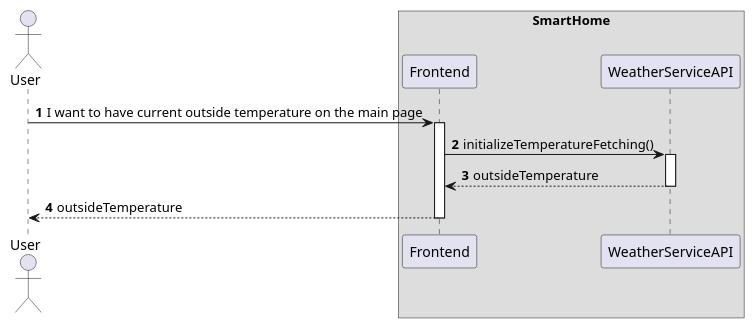
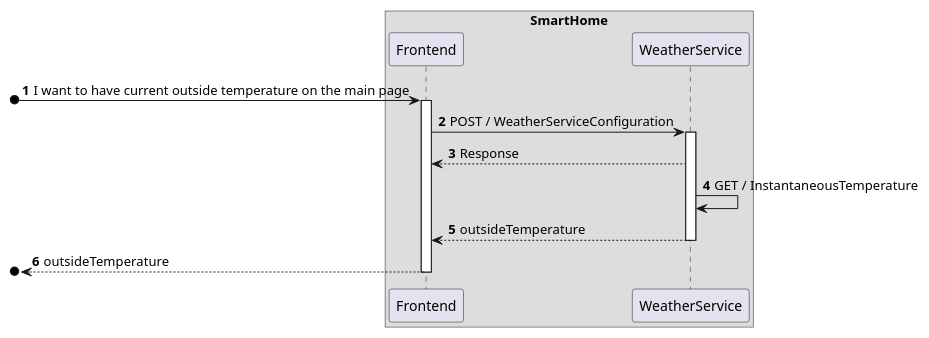
Before and after one commit to olivDiogo/SmartHome: the diagram in docs/ooa/C4_4plus1_models/Level2/ProcessView/ProcessViewLevel2_UC18.puml, drawn with PlantUML.

Commit message:
refactor: update ProcessViewLevel2_UC18 #518

```diff
--- a/docs/ooa/C4_4plus1_models/Level2/ProcessView/ProcessViewLevel2_UC18.puml
+++ b/docs/ooa/C4_4plus1_models/Level2/ProcessView/ProcessViewLevel2_UC18.puml
@@ -1,31 +1,37 @@
 @startuml
 'https://plantuml.com/sequence-diagram
 !pragma layout smetana
 
 autonumber
 
-actor "User" as User
+
 
     box SmartHome
     participant Frontend as FE
-    participant WeatherServiceAPI as WS
+    participant WeatherService as WS
     end box
 
 
 
-User -> FE : I want to have current outside temperature on the main page
+[o-> FE : I want to have current outside temperature on the main page
 activate FE
 
-FE -> WS : initializeTemperatureFetching()
+FE -> WS : POST / WeatherServiceConfiguration
 activate WS
+
+WS --> FE : Response
+
+
+WS -> WS : GET / InstantaneousTemperature
 
 WS --> FE : outsideTemperature
 deactivate WS
 
-FE --> User : outsideTemperature
+
+[o<-- FE : outsideTemperature
 deactivate FE
 
 
 
 
-@endumll
+@enduml
```
